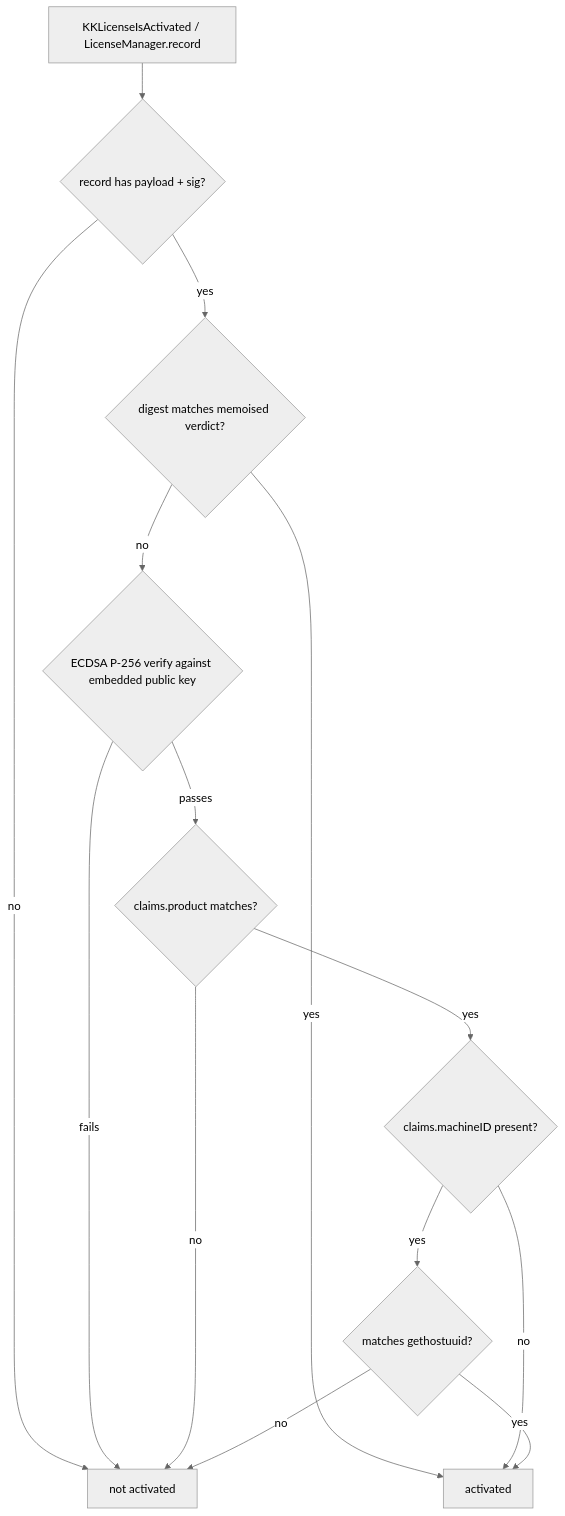
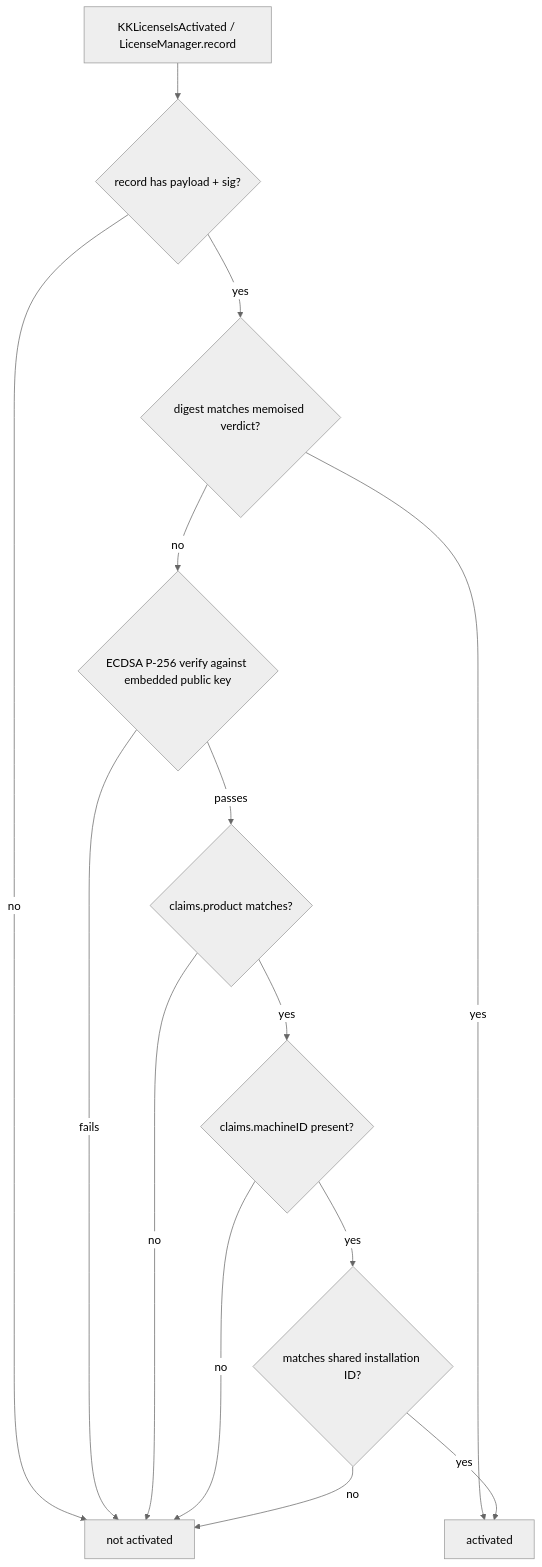
The second of 2 diagrams in Server/license-worker/README.md (overpolish/keyframeless), drawn with Mermaid (neutral theme) before and after one commit. The commit also changed other lines of this file and 22 other files, not shown here.

````diff
--- a/Server/license-worker/README.md
+++ b/Server/license-worker/README.md
@@ -42,16 +42,16 @@
 ```mermaid
 flowchart TD
     A[KKLicenseIsActivated / LicenseManager.record] --> B{record has payload + sig?}
     B -- no --> N[not activated]
     B -- yes --> C{digest matches memoised verdict?}
     C -- yes --> Y[activated]
     C -- no --> D{ECDSA P-256 verify against embedded public key}
     D -- fails --> N
     D -- passes --> E{claims.product matches?}
     E -- no --> N
     E -- yes --> F{claims.machineID present?}
-    F -- no --> Y
-    F -- yes --> G{matches gethostuuid?}
+    F -- no --> N
+    F -- yes --> G{matches shared installation ID?}
     G -- no --> N
     G -- yes --> Y
 ```
````
